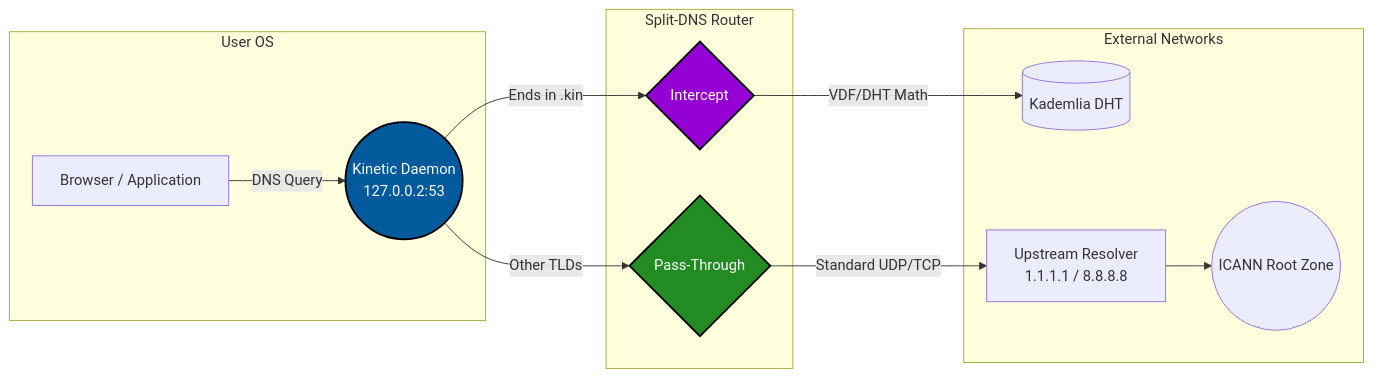
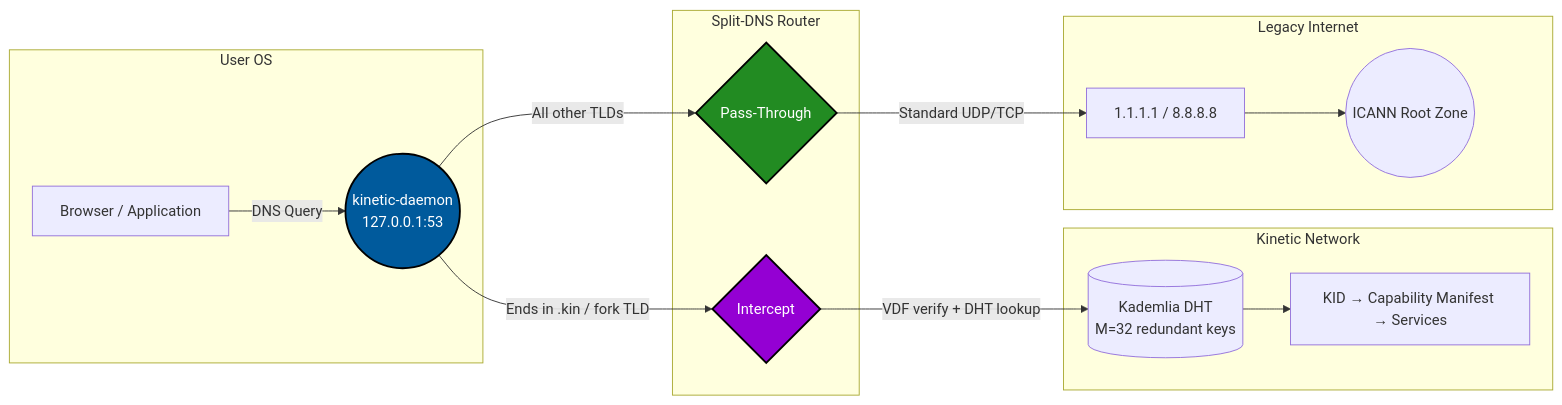
Before and after one commit to saifmukhtar/kinetic: the diagram in README.md, drawn with Mermaid. The commit also changed other lines of this file, not shown here.

Commit message:
docs: Full README rewrite — fork-first framing, two-path table, network.json example, crate map, security properties

````diff
--- a/README.md
+++ b/README.md
@@ -65,23 +132,27 @@
 ```mermaid
 graph LR
     subgraph User OS
         App[Browser / Application]
-        Daemon((Kinetic Daemon<br/>127.0.0.2:53))
+        Daemon((kinetic-daemon\n127.0.0.1:53))
         App -->|DNS Query| Daemon
     end
 
     subgraph Split-DNS Router
-        Daemon -->|Ends in .kin| Kin{Intercept}
-        Daemon -->|Other TLDs| Pass{Pass-Through}
+        Daemon -->|Ends in .kin / fork TLD| Intercept{Intercept}
+        Daemon -->|All other TLDs| Pass{Pass-Through}
     end
 
-    subgraph External Networks
-        Kin -->|VDF/DHT Math| DHT[(Kademlia DHT)]
-        Pass -->|Standard UDP/TCP| Upstream[Upstream Resolver<br/>1.1.1.1 / 8.8.8.8]
+    subgraph Kinetic Network
+        Intercept -->|VDF verify + DHT lookup| DHT[(Kademlia DHT\nM=32 redundant keys)]
+        DHT --> KID[KID → Capability Manifest → Services]
+    end
+
+    subgraph Legacy Internet
+        Pass -->|Standard UDP/TCP| Upstream[1.1.1.1 / 8.8.8.8]
         Upstream --> ICANN((ICANN Root Zone))
     end
-    
+
     style Daemon fill:#005A9C,stroke:#000,stroke-width:2px,color:#fff
-    style Kin fill:#9400D3,stroke:#000,stroke-width:2px,color:#fff
+    style Intercept fill:#9400D3,stroke:#000,stroke-width:2px,color:#fff
     style Pass fill:#228B22,stroke:#000,stroke-width:2px,color:#fff
 ```
````
